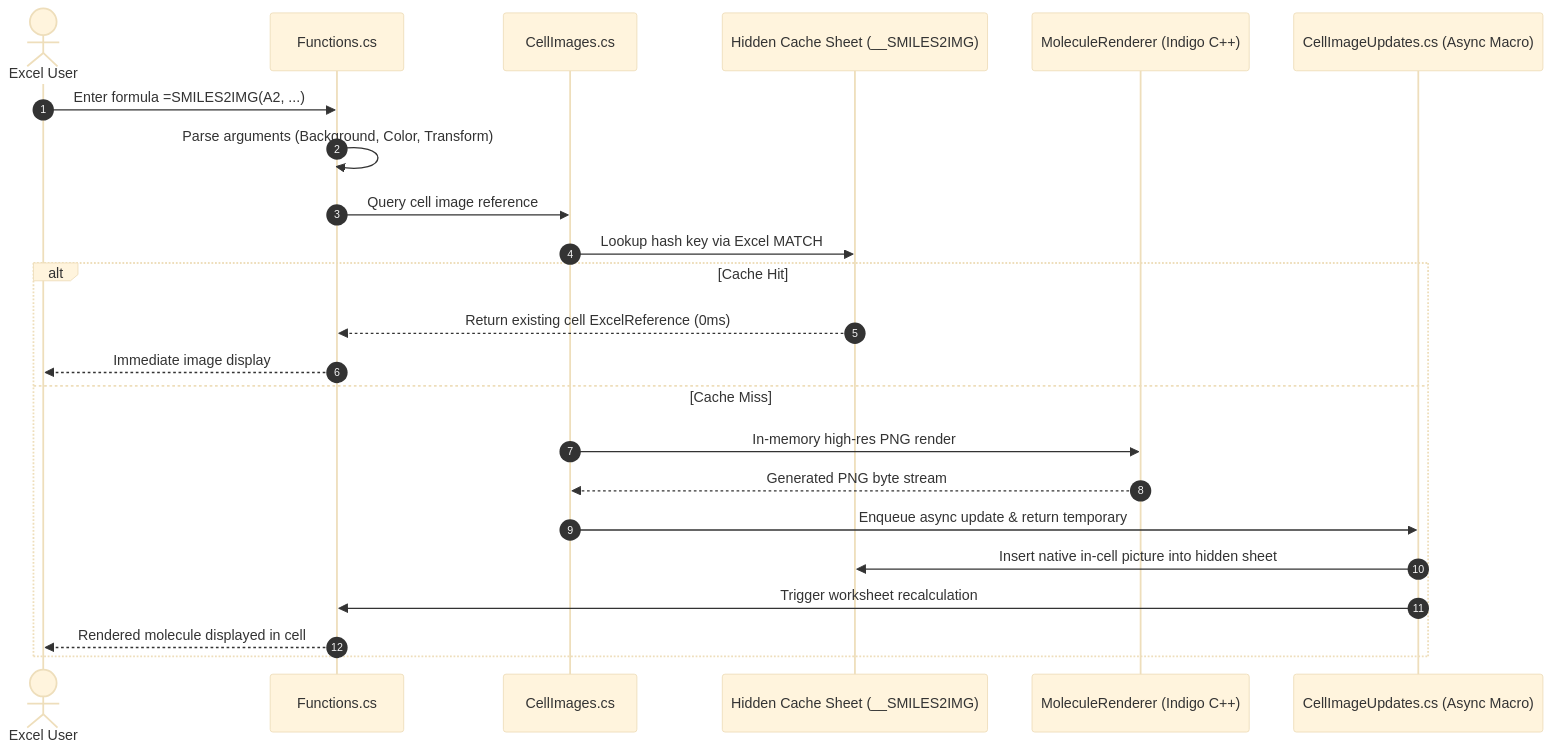
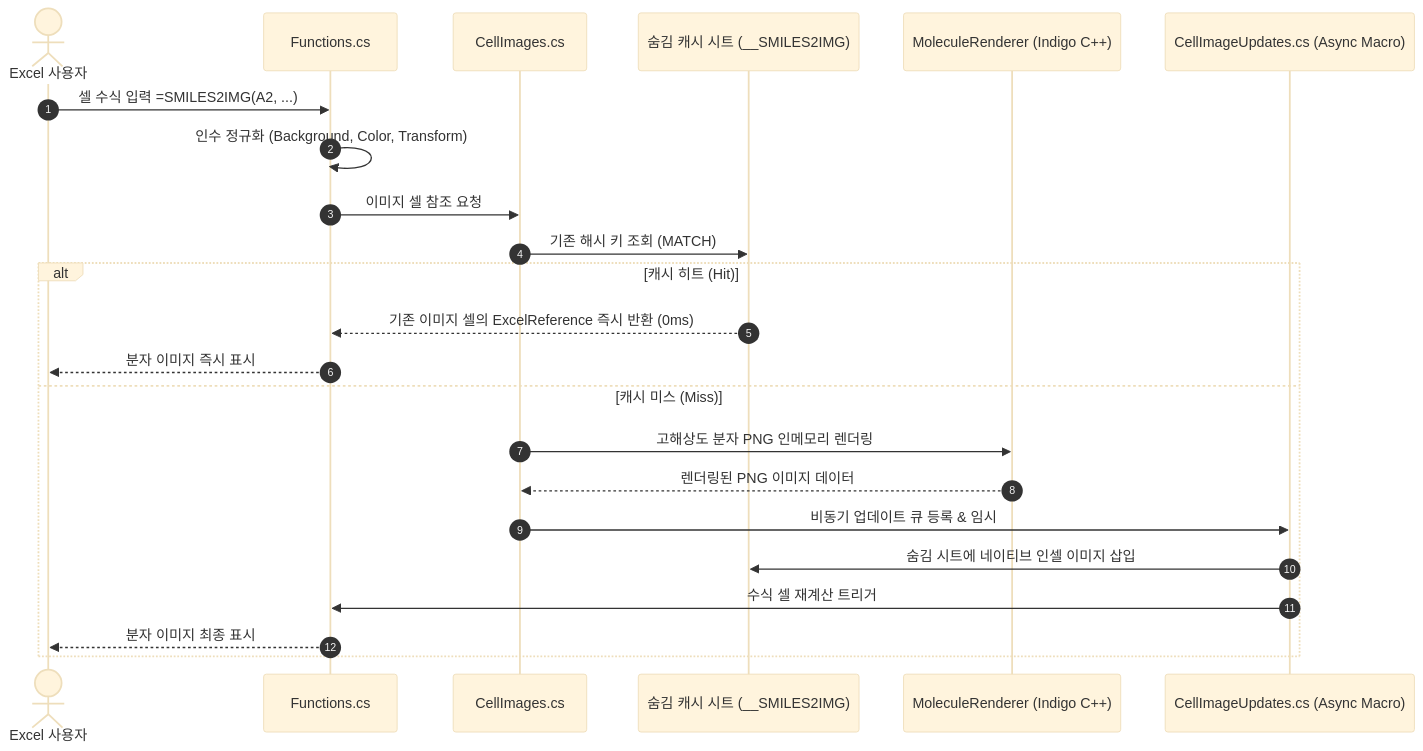
One commit to naramdash/func_SMILES2IMG changed the second of 2 diagrams in README.md. Above: the diagram before and after it, drawn with Mermaid (base theme). The commit also changed other lines of this file and 14 other files, not shown here.

````diff
--- a/README.md
+++ b/README.md
@@ -308,26 +305,26 @@
 ```mermaid
 sequenceDiagram
     autonumber
-    actor User as Excel User
+    actor User as Excel 사용자
     participant F as Functions.cs
     participant C as CellImages.cs
-    participant Cache as Hidden Cache Sheet (__SMILES2IMG)
+    participant Cache as 숨김 캐시 시트 (__SMILES2IMG)
     participant R as MoleculeRenderer (Indigo C++)
     participant U as CellImageUpdates.cs (Async Macro)
 
-    User->>F: Enter formula =SMILES2IMG(A2, ...)
-    F->>F: Parse arguments (Background, Color, Transform)
-    F->>C: Query cell image reference
-    C->>Cache: Lookup hash key via Excel MATCH
-    alt Cache Hit
-        Cache-->>F: Return existing cell ExcelReference (0ms)
-        F-->>User: Immediate image display
-    else Cache Miss
-        C->>R: In-memory high-res PNG render
-        R-->>C: Generated PNG byte stream
-        C->>U: Enqueue async update & return temporary #N/A
-        U->>Cache: Insert native in-cell picture into hidden sheet
-        U->>F: Trigger worksheet recalculation
-        F-->>User: Rendered molecule displayed in cell
+    User->>F: 셀 수식 입력 =SMILES2IMG(A2, ...)
+    F->>F: 인수 정규화 (Background, Color, Transform)
+    F->>C: 이미지 셀 참조 요청
+    C->>Cache: 기존 해시 키 조회 (MATCH)
+    alt 캐시 히트 (Hit)
+        Cache-->>F: 기존 이미지 셀의 ExcelReference 즉시 반환 (0ms)
+        F-->>User: 분자 이미지 즉시 표시
+    else 캐시 미스 (Miss)
+        C->>R: 고해상도 분자 PNG 인메모리 렌더링
+        R-->>C: 렌더링된 PNG 이미지 데이터
+        C->>U: 비동기 업데이트 큐 등록 & 임시 #N/A 반환
+        U->>Cache: 숨김 시트에 네이티브 인셀 이미지 삽입
+        U->>F: 수식 셀 재계산 트리거
+        F-->>User: 분자 이미지 최종 표시
     end
 ```
````
